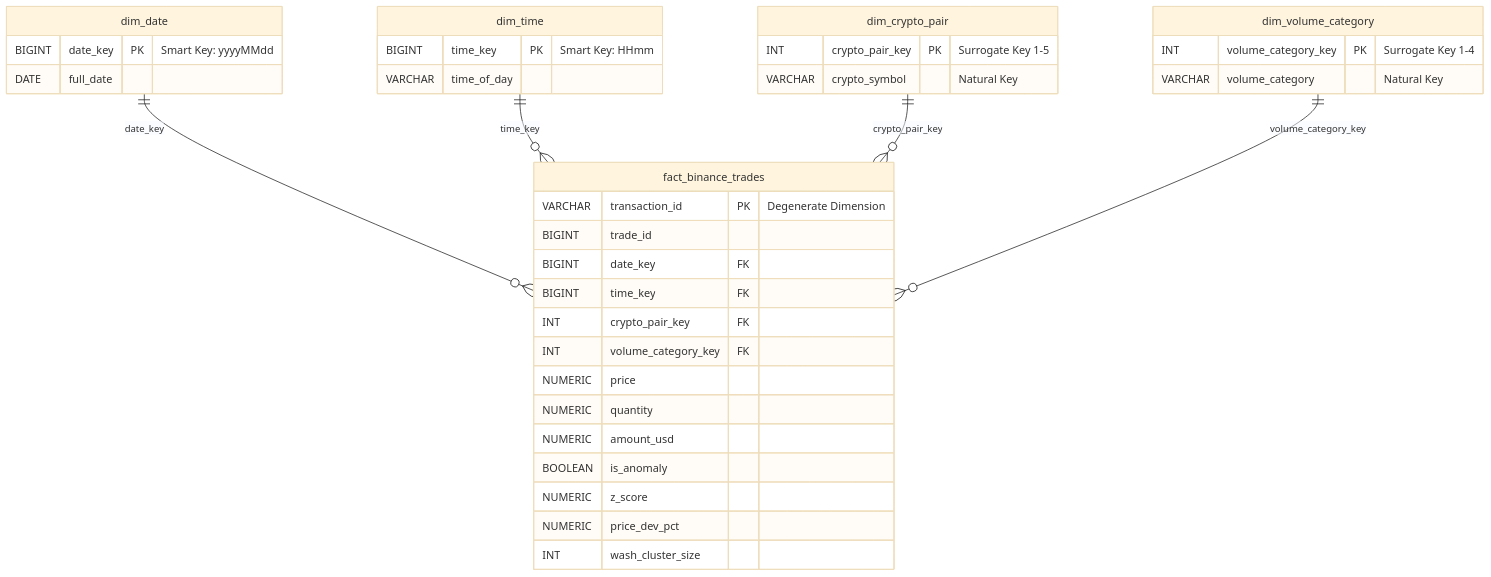
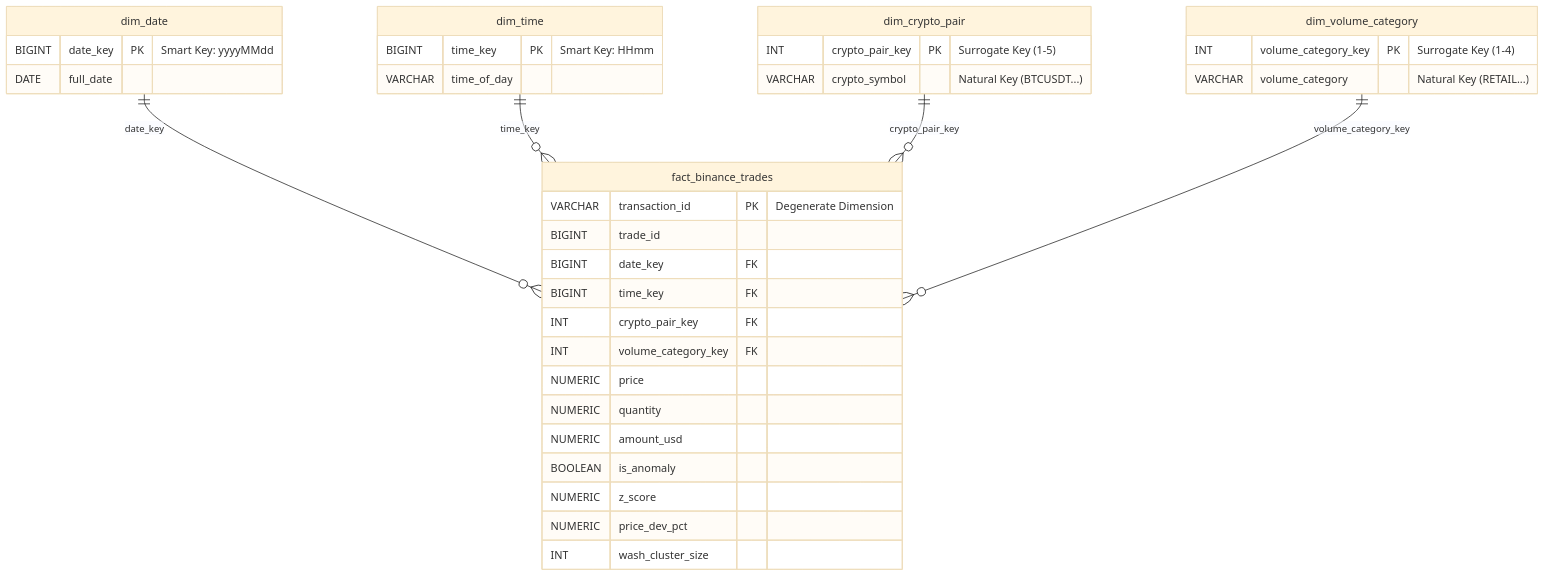
The third of 3 diagrams in README.md (ToMoiChoi/RealTime-Crypto-Trade-Analysis), drawn with Mermaid (base theme) before and after one commit. The commit also changed other lines of this file and 4 other files, not shown here.

````diff
--- a/README.md
+++ b/README.md
@@ -173,39 +250,39 @@
 ```mermaid
 erDiagram
     dim_date {
         BIGINT date_key PK "Smart Key: yyyyMMdd"
         DATE full_date
     }
     dim_time {
         BIGINT time_key PK "Smart Key: HHmm"
         VARCHAR time_of_day
     }
     dim_crypto_pair {
-        INT crypto_pair_key PK "Surrogate Key 1-5"
-        VARCHAR crypto_symbol "Natural Key"
+        INT crypto_pair_key PK "Surrogate Key (1-5)"
+        VARCHAR crypto_symbol "Natural Key (BTCUSDT...)"
     }
     dim_volume_category {
-        INT volume_category_key PK "Surrogate Key 1-4"
-        VARCHAR volume_category "Natural Key"
+        INT volume_category_key PK "Surrogate Key (1-4)"
+        VARCHAR volume_category "Natural Key (RETAIL...)"
     }
     fact_binance_trades {
         VARCHAR transaction_id PK "Degenerate Dimension"
         BIGINT trade_id
         BIGINT date_key FK
         BIGINT time_key FK
         INT crypto_pair_key FK
         INT volume_category_key FK
         NUMERIC price
         NUMERIC quantity
         NUMERIC amount_usd
         BOOLEAN is_anomaly
         NUMERIC z_score
         NUMERIC price_dev_pct
         INT wash_cluster_size
     }
 
     dim_date ||--o{ fact_binance_trades : "date_key"
     dim_time ||--o{ fact_binance_trades : "time_key"
     dim_crypto_pair ||--o{ fact_binance_trades : "crypto_pair_key"
     dim_volume_category ||--o{ fact_binance_trades : "volume_category_key"
 ```
````
